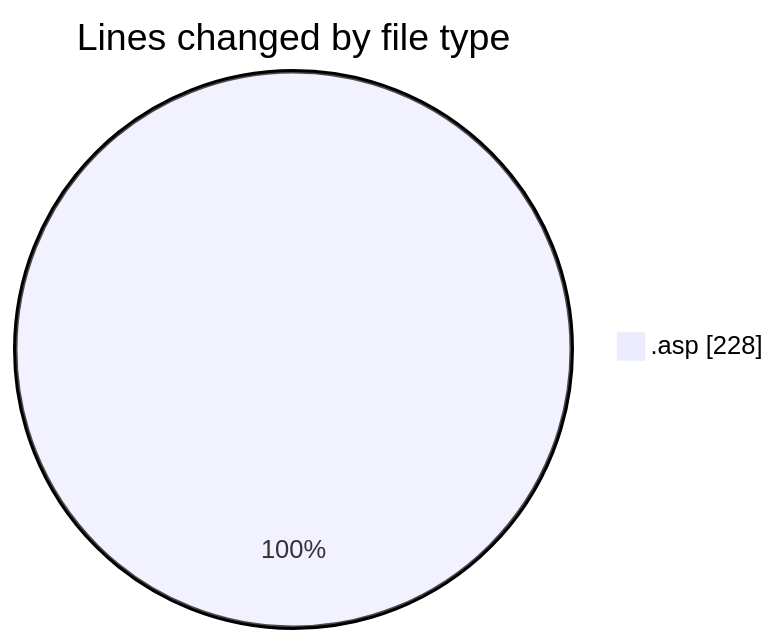
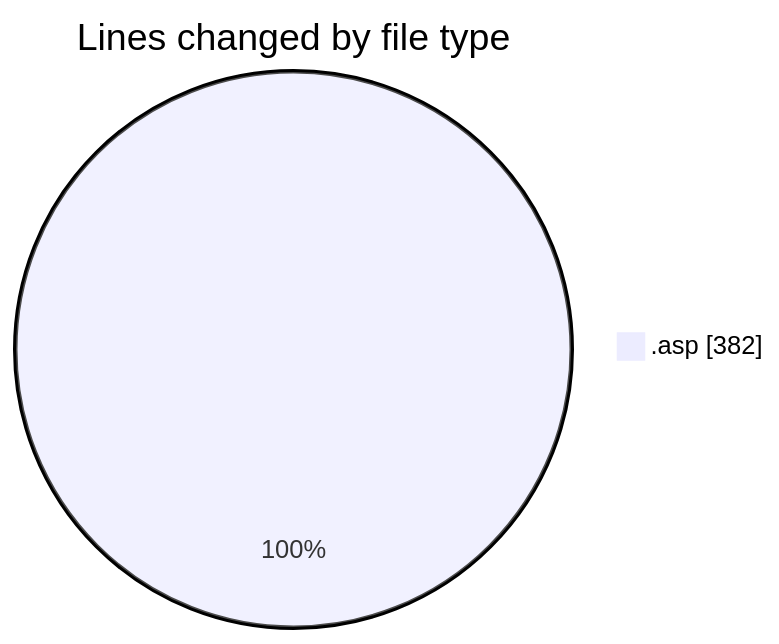
Before and after one commit to julien-gomy/code-tracking: the first of 2 diagrams in 2025-11-12/cdp_aleoudev_fr__workspace_/README.md, drawn with Mermaid. The commit also changed other lines of this file and 1 other file, not shown here.

````diff
--- a/2025-11-12/cdp_aleoudev_fr__workspace_/README.md
+++ b/2025-11-12/cdp_aleoudev_fr__workspace_/README.md
@@ -21,5 +22,5 @@
 ```mermaid
 pie showData
 title Lines changed by file type
-".asp" : 228
+".asp" : 382
 ```
````
